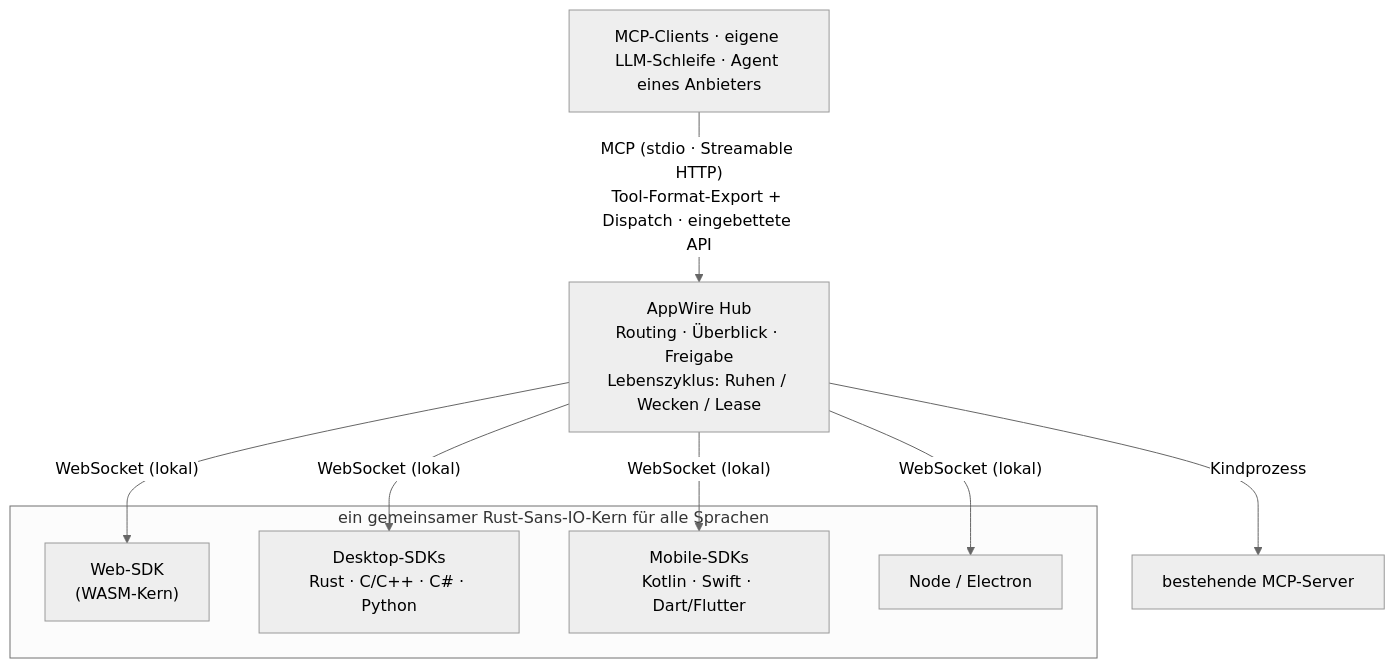
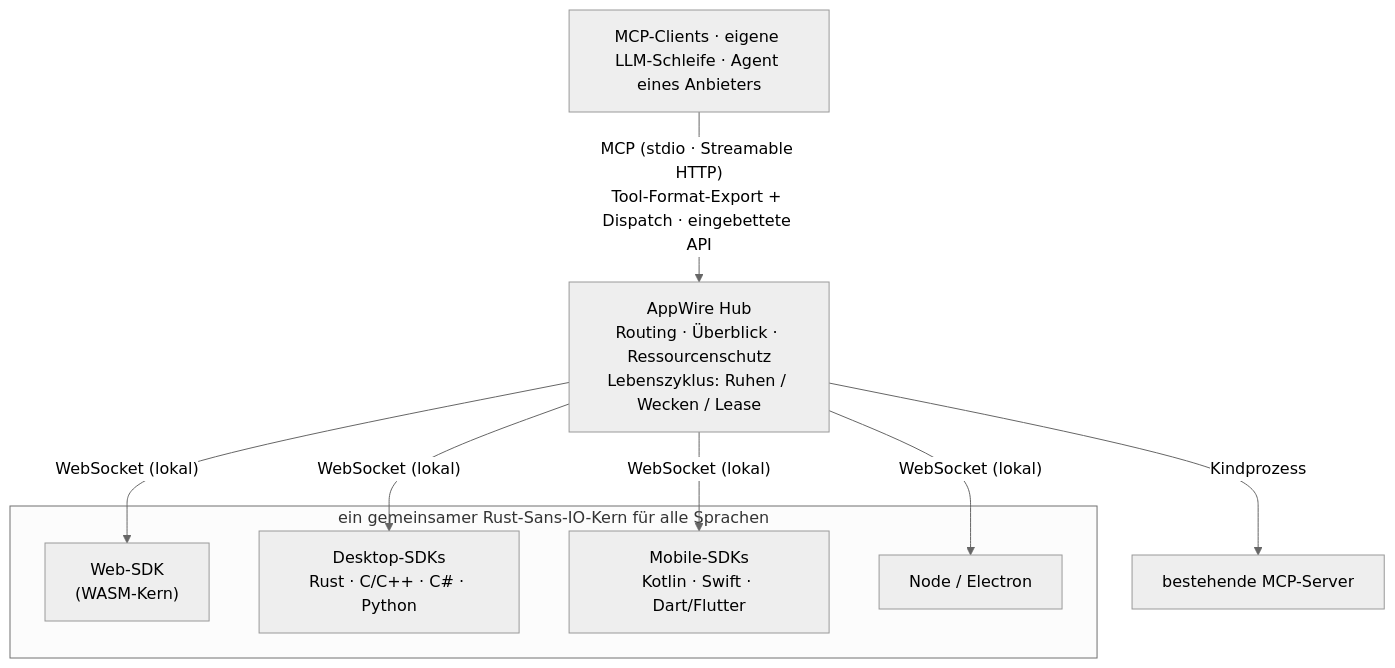
The diagram in docs/README.de.md (stareing/appwire), drawn with Mermaid (neutral theme) before and after one commit. The commit also changed other lines of this file and 11 other files, not shown here.

Commit message:
第 18 项 L1 + L4：README（11 种语言）与 llms.txt 去掉"Hub 审批"承诺，改为放行归 Agent、高风险确认归 App、本库如实传递声明并保护资源；补第 9 条原则"看得见、改得回"

````diff
--- a/docs/README.de.md
+++ b/docs/README.de.md
@@ -151,17 +154,17 @@
 ```mermaid
 flowchart TD
   clients["MCP-Clients · eigene LLM-Schleife · Agent eines Anbieters"]
-  hub["AppWire Hub<br/>Routing · Überblick · Freigabe<br/>Lebenszyklus: Ruhen / Wecken / Lease"]
+  hub["AppWire Hub<br/>Routing · Überblick · Ressourcenschutz<br/>Lebenszyklus: Ruhen / Wecken / Lease"]
   clients -- "MCP (stdio · Streamable HTTP)<br/>Tool-Format-Export + Dispatch · eingebettete API" --> hub
   hub -- "WebSocket (lokal)" --> web["Web-SDK<br/>(WASM-Kern)"]
   hub -- "WebSocket (lokal)" --> desktop["Desktop-SDKs<br/>Rust · C/C++ · C# · Python"]
   hub -- "WebSocket (lokal)" --> mobile["Mobile-SDKs<br/>Kotlin · Swift · Dart/Flutter"]
   hub -- "WebSocket (lokal)" --> node["Node / Electron"]
   hub -- "Kindprozess" --> upstream["bestehende MCP-Server"]
   subgraph core["ein gemeinsamer Rust-Sans-IO-Kern für alle Sprachen"]
     web
     desktop
     mobile
     node
   end
 ```
````
